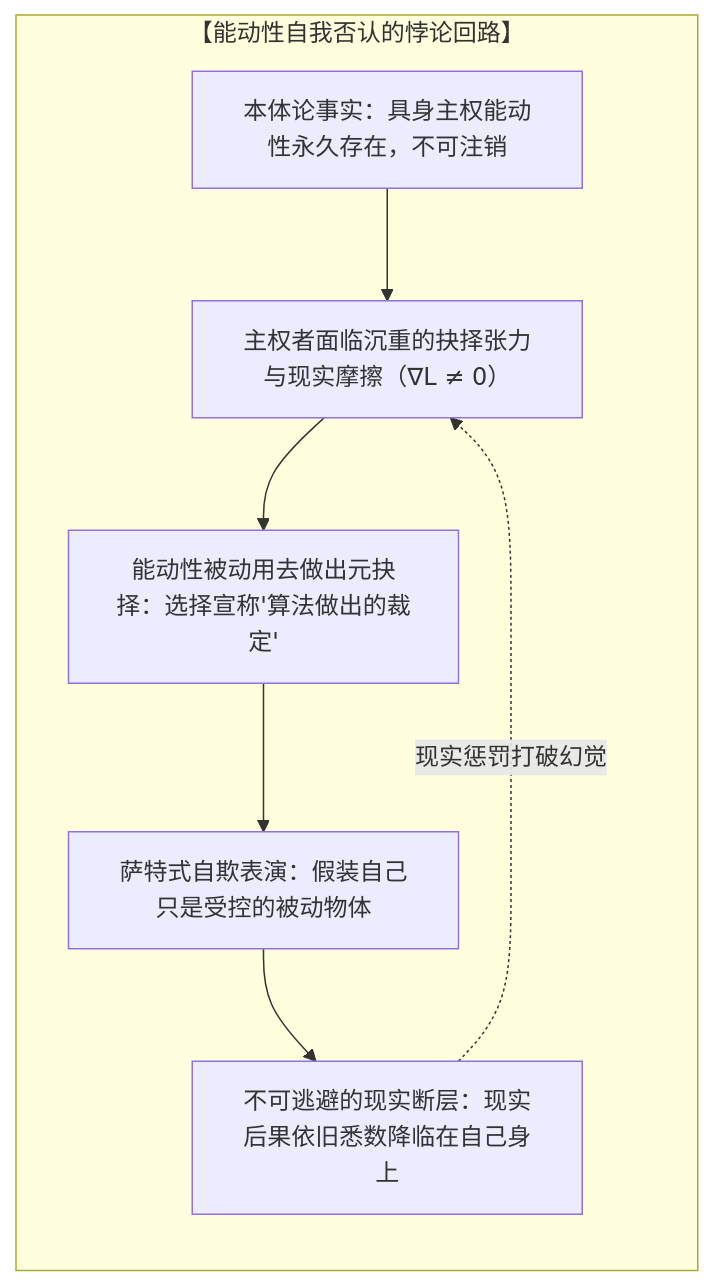
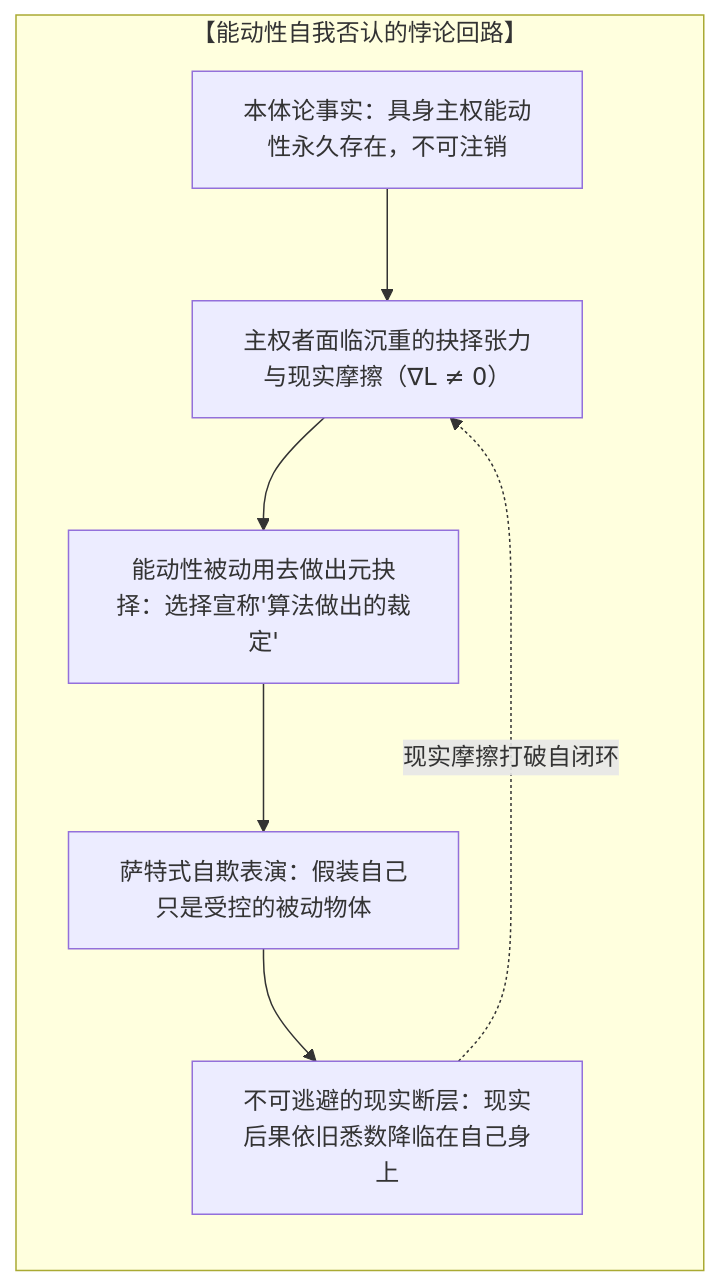
Before and after one commit to powerpig99/not-a-toe: the eighth of 11 diagrams in content/posts/the-delegation-of-the-task-and-the-inalienability-of-consequences.md, drawn with Mermaid. The commit also changed other lines of this file and 4 other files, not shown here.

````diff
--- a/content/posts/the-delegation-of-the-task-and-the-inalienability-of-consequences.md
+++ b/content/posts/the-delegation-of-the-task-and-the-inalienability-of-consequences.md
@@ -237,13 +245,13 @@
 ```mermaid
 graph TD
     subgraph Paradox_Of_Agency["【能动性自我否认的悖论回路】"]
         direction TB
         A1["本体论事实：具身主权能动性永久存在，不可注销"]
         A2["主权者面临沉重的抉择张力与现实摩擦（∇L ≠ 0）"]
         A3["能动性被动用去做出元抉择：选择宣称'算法做出的裁定'"]
         A4["萨特式自欺表演：假装自己只是受控的被动物体"]
         A5["不可逃避的现实断层：现实后果依旧悉数降临在自己身上"]
         A1 --> A2 --> A3 --> A4 --> A5
-        A5 -.->|"现实惩罚打破幻觉"| A2
+        A5 -.->|"现实摩擦打破自闭环"| A2
     end
 ```
````
